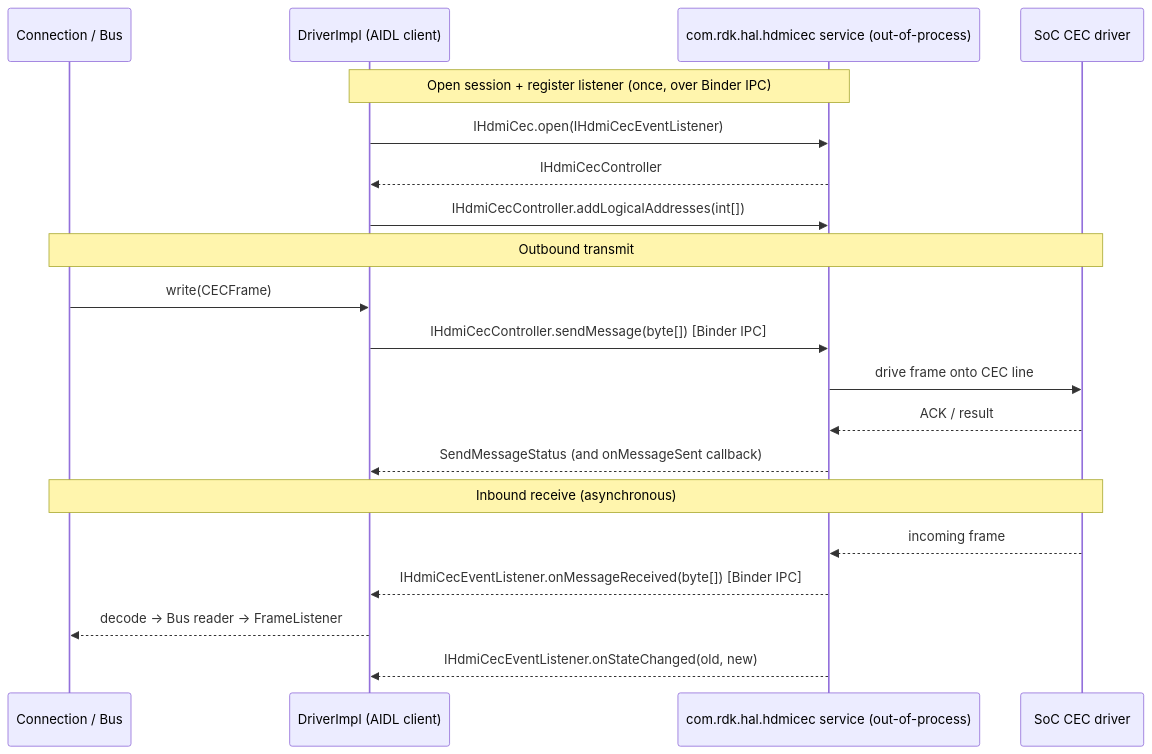
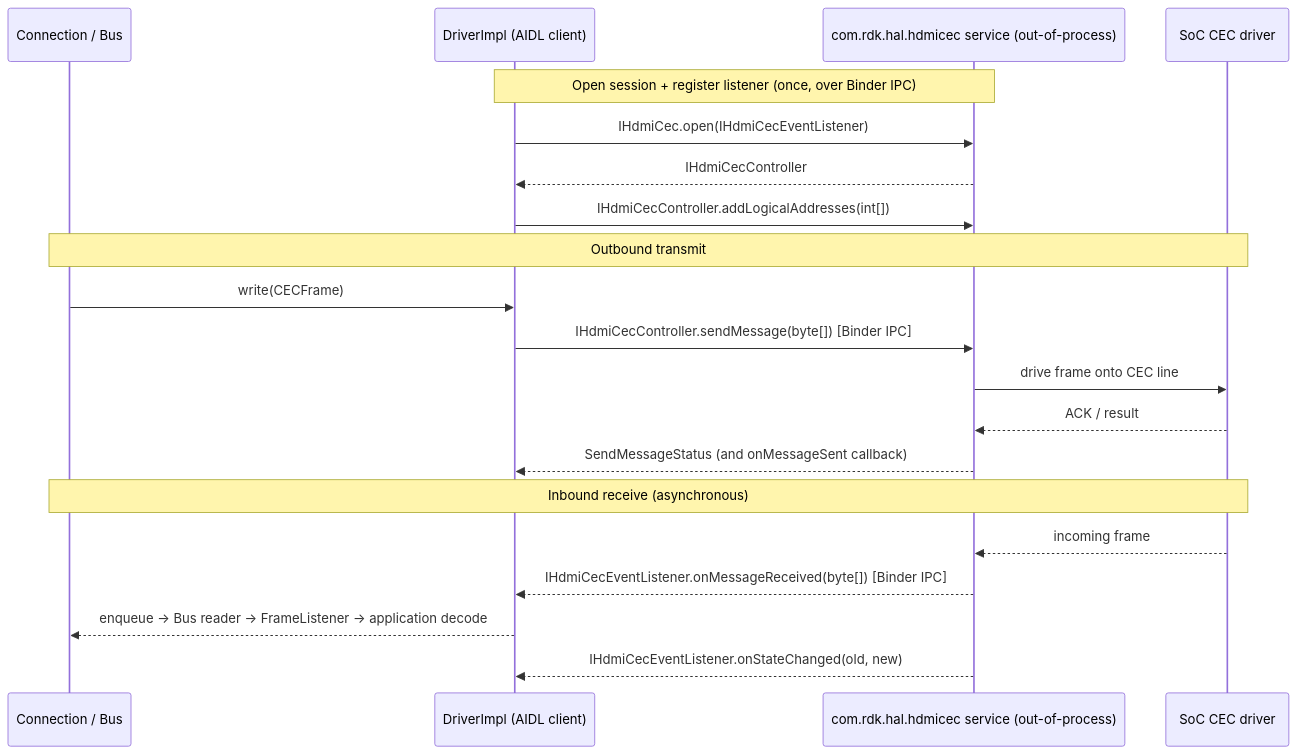
One commit to Blitzy-Sky/hdmicec changed the third of 3 diagrams in README.md. Above: the diagram before and after it, drawn with Mermaid. The commit also changed other lines of this file and 37 other files, not shown here.

````diff
--- a/README.md
+++ b/README.md
@@ -291,25 +327,25 @@
 ```mermaid
 sequenceDiagram
     participant Conn as Connection / Bus
     participant Impl as DriverImpl (AIDL client)
     participant Svc as com.rdk.hal.hdmicec service (out-of-process)
     participant SoC as SoC CEC driver
 
     Note over Impl,Svc: Open session + register listener (once, over Binder IPC)
     Impl->>Svc: IHdmiCec.open(IHdmiCecEventListener)
     Svc-->>Impl: IHdmiCecController
     Impl->>Svc: IHdmiCecController.addLogicalAddresses(int[])
 
     Note over Conn,SoC: Outbound transmit
     Conn->>Impl: write(CECFrame)
     Impl->>Svc: IHdmiCecController.sendMessage(byte[]) [Binder IPC]
     Svc->>SoC: drive frame onto CEC line
     SoC-->>Svc: ACK / result
     Svc-->>Impl: SendMessageStatus (and onMessageSent callback)
 
     Note over SoC,Conn: Inbound receive (asynchronous)
     SoC-->>Svc: incoming frame
     Svc-->>Impl: IHdmiCecEventListener.onMessageReceived(byte[]) [Binder IPC]
-    Impl-->>Conn: decode -> Bus reader -> FrameListener
+    Impl-->>Conn: enqueue -> Bus reader -> FrameListener -> application decode
     Svc-->>Impl: IHdmiCecEventListener.onStateChanged(old, new)
 ```
````
